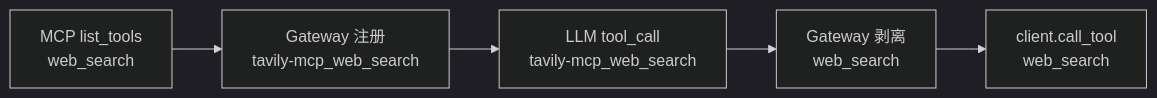
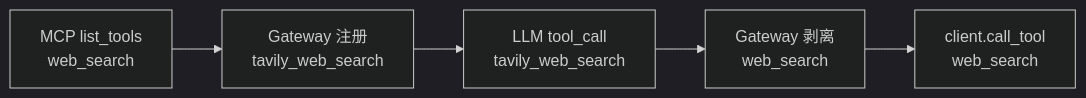
Before and after one commit to wuhonglei/chat-agent: the diagram in .cursor/plans/mcp_工具名前缀_0d6cdd20.plan.md, drawn with Mermaid (dark theme). The commit also changed other lines of this file, not shown here.

Commit message:
feat: 增加 ToolUseBlock 字段，支持历史数据补全与前后端 schema 同步

````diff
--- a/.cursor/plans/mcp_工具名前缀_0d6cdd20.plan.md
+++ b/.cursor/plans/mcp_工具名前缀_0d6cdd20.plan.md
@@ -60,7 +66,7 @@
 ```mermaid
 flowchart LR
-  A["MCP list_tools<br/>web_search"] --> B["Gateway 注册<br/>tavily-mcp_web_search"]
-  B --> C["LLM tool_call<br/>tavily-mcp_web_search"]
+  A["MCP list_tools<br/>web_search"] --> B["Gateway 注册<br/>tavily_web_search"]
+  B --> C["LLM tool_call<br/>tavily_web_search"]
   C --> D["Gateway 剥离<br/>web_search"]
   D --> E["client.call_tool<br/>web_search"]
 ```
````
